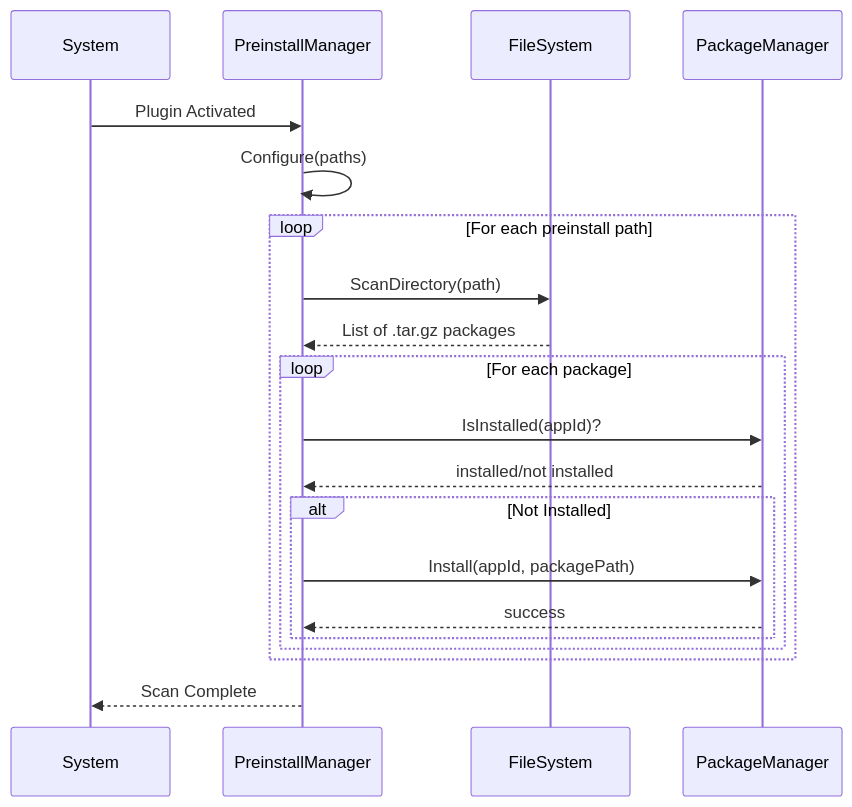
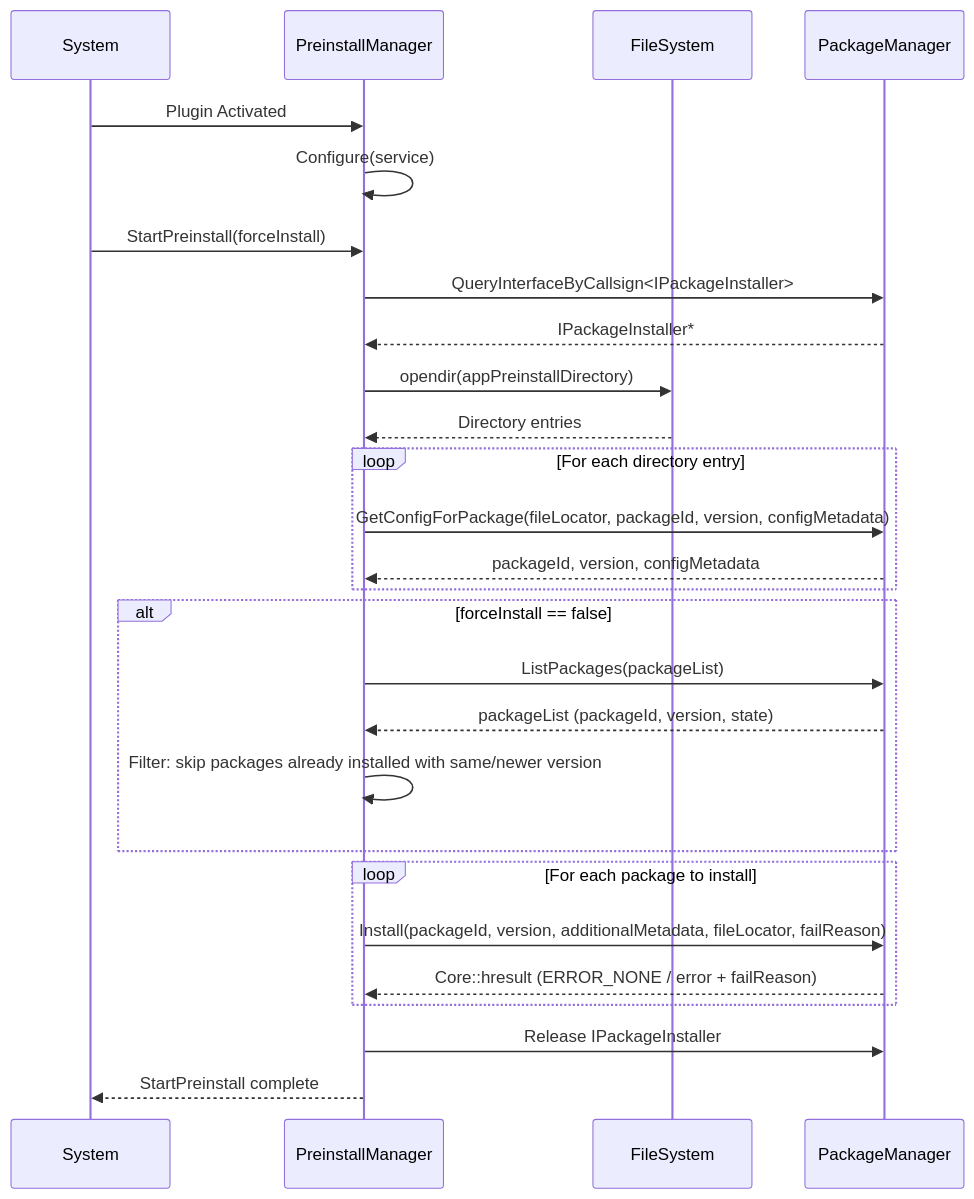
One commit to rdkcentral/entservices-appmanagers changed the third of 4 diagrams in PreinstallManager/PreinstallManager.md. Above: the diagram before and after it, drawn with Mermaid. The commit also changed other lines of this file and 7 other files, not shown here.

````diff
--- a/PreinstallManager/PreinstallManager.md
+++ b/PreinstallManager/PreinstallManager.md
@@ -100,27 +94,35 @@
 ```mermaid
 sequenceDiagram
     participant System
     participant PIM as PreinstallManager
     participant FS as FileSystem
     participant PkgMgr as PackageManager
 
     System->>PIM: Plugin Activated
-    PIM->>PIM: Configure(paths)
+    PIM->>PIM: Configure(service)
+    System->>PIM: StartPreinstall(forceInstall)
+    PIM->>PkgMgr: QueryInterfaceByCallsign<IPackageInstaller>
+    PkgMgr-->>PIM: IPackageInstaller*
 
-    loop For each preinstall path
-        PIM->>FS: ScanDirectory(path)
-        FS-->>PIM: List of .tar.gz packages
+    PIM->>FS: opendir(appPreinstallDirectory)
+    FS-->>PIM: Directory entries
 
-        loop For each package
-            PIM->>PkgMgr: IsInstalled(appId)?
-            PkgMgr-->>PIM: installed/not installed
-
-            alt Not Installed
-                PIM->>PkgMgr: Install(appId, packagePath)
-                PkgMgr-->>PIM: success
-            end
-        end
+    loop For each directory entry
+        PIM->>PkgMgr: GetConfigForPackage(fileLocator, packageId, version, configMetadata)
+        PkgMgr-->>PIM: packageId, version, configMetadata
     end
 
-    PIM-->>System: Scan Complete
+    alt forceInstall == false
+        PIM->>PkgMgr: ListPackages(packageList)
+        PkgMgr-->>PIM: packageList (packageId, version, state)
+        PIM->>PIM: Filter: skip packages already installed with same/newer version
+    end
+
+    loop For each package to install
+        PIM->>PkgMgr: Install(packageId, version, additionalMetadata, fileLocator, failReason)
+        PkgMgr-->>PIM: Core::hresult (ERROR_NONE / error + failReason)
+    end
+
+    PIM->>PkgMgr: Release IPackageInstaller
+    PIM-->>System: StartPreinstall complete
 ```
````
